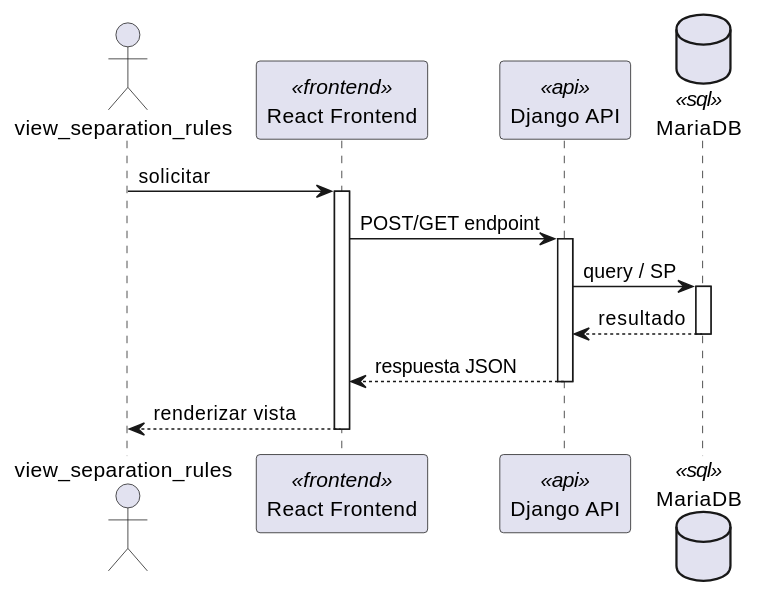
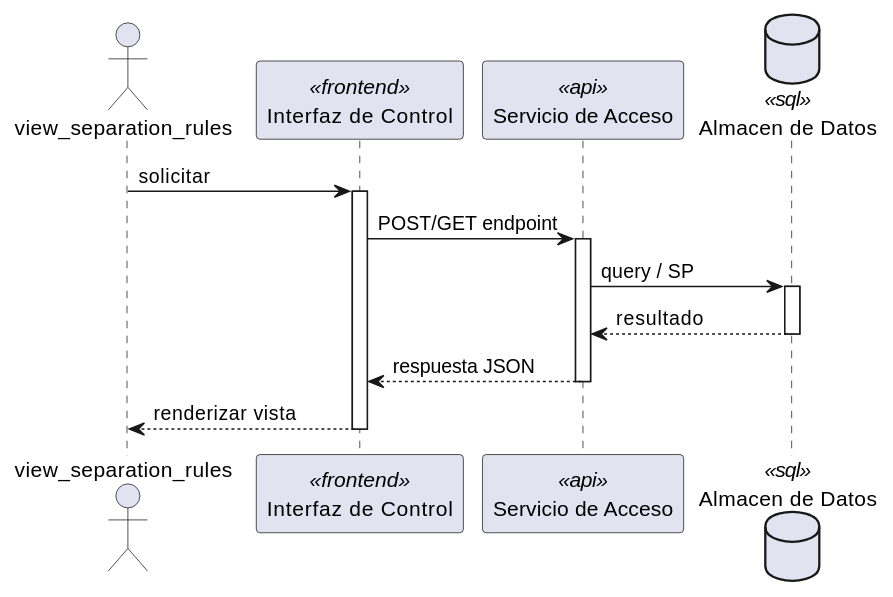
Before and after one commit to jcg-admin/IACT-docs: the first of 2 diagrams in source/arquitectura-tecnica/DesignView/acc-05.rst, drawn with PlantUML. The commit also changed other lines of this file and 243 other files, not shown here.

First line of the commit message:
Add missing diagrams and fix participant names across Kruchten views

```diff
--- a/source/arquitectura-tecnica/DesignView/acc-05.rst
+++ b/source/arquitectura-tecnica/DesignView/acc-05.rst
@@ -22,28 +22,28 @@
 .. uml::
  :caption: UC_ACC_05 — Design View (secuencia)
 
  @startuml
 
  actor "view_separation_rules" as view_separation_rules
- participant "React Frontend" as Frontend <<frontend>>
- participant "Django API" as APIServer <<api>>
- database "MariaDB" as BaseDatos <<sql>>
+ participant "Interfaz de Control" as Iface <<frontend>>
+ participant "Servicio de Acceso" as SvcNode <<api>>
+ database "Almacen de Datos" as Store <<sql>>
 
- view_separation_rules -> Frontend : solicitar
- activate Frontend
+ view_separation_rules -> Iface : solicitar
+ activate Iface
 
- Frontend -> APIServer : POST/GET endpoint
- activate APIServer
+ Iface -> SvcNode : POST/GET endpoint
+ activate SvcNode
 
- APIServer -> BaseDatos : query / SP
- activate BaseDatos
- BaseDatos --> APIServer : resultado
- deactivate BaseDatos
+ SvcNode -> Store : query / SP
+ activate Store
+ Store --> SvcNode : resultado
+ deactivate Store
 
- APIServer --> Frontend : respuesta JSON
- deactivate APIServer
+ SvcNode --> Iface : respuesta JSON
+ deactivate SvcNode
 
- Frontend --> view_separation_rules : renderizar vista
- deactivate Frontend
+ Iface --> view_separation_rules : renderizar vista
+ deactivate Iface
 
  @enduml
```
